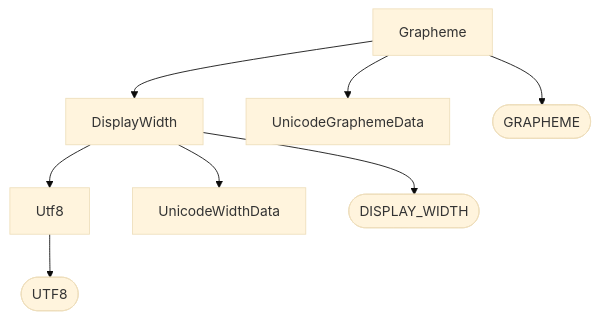
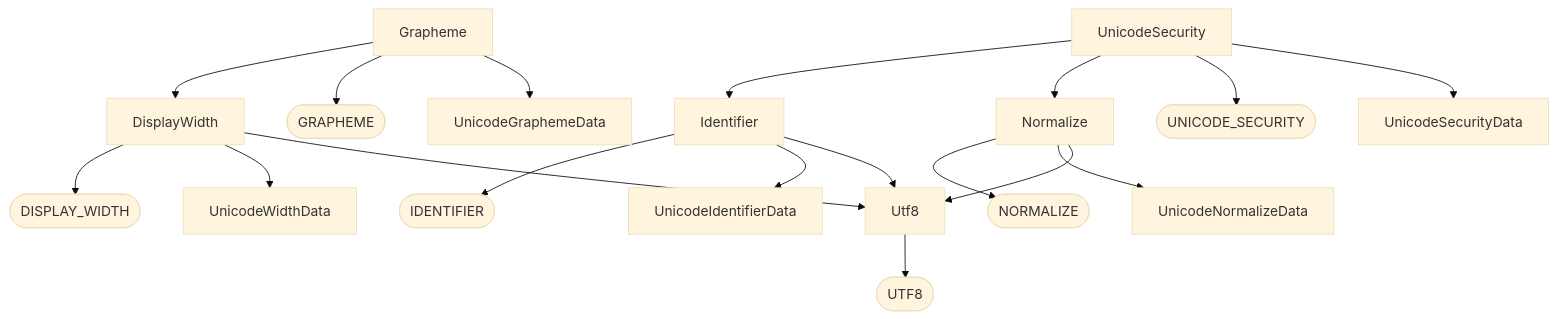
One commit to ruudkoot/rune changed the second of 2 diagrams in docs/lib/unicode/depends.md. Above: the diagram before and after it, drawn with Mermaid (base theme). The commit also changed other lines of this file and 62 other files, not shown here.

Commit message:
Add Normalize, Identifier and UnicodeSecurity to lib/unicode, with their tests (utf8 M5)

````diff
--- a/docs/lib/unicode/depends.md
+++ b/docs/lib/unicode/depends.md
@@ -31,18 +31,37 @@
 ```mermaid
 flowchart TD
   n0(["UTF8"])
   n1["Utf8"]
   n2["UnicodeWidthData"]
   n3(["DISPLAY_WIDTH"])
   n4["DisplayWidth"]
   n5["UnicodeGraphemeData"]
   n6(["GRAPHEME"])
   n7["Grapheme"]
+  n8["UnicodeNormalizeData"]
+  n9(["NORMALIZE"])
+  n10["Normalize"]
+  n11["UnicodeIdentifierData"]
+  n12(["IDENTIFIER"])
+  n13["Identifier"]
+  n14["UnicodeSecurityData"]
+  n15(["UNICODE_SECURITY"])
+  n16["UnicodeSecurity"]
   n1 --> n0
   n4 --> n3
   n4 --> n2
   n4 --> n1
   n7 --> n4
   n7 --> n6
   n7 --> n5
+  n10 --> n9
+  n10 --> n8
+  n10 --> n1
+  n13 --> n12
+  n13 --> n11
+  n13 --> n1
+  n16 --> n13
+  n16 --> n10
+  n16 --> n15
+  n16 --> n14
 ```
````
